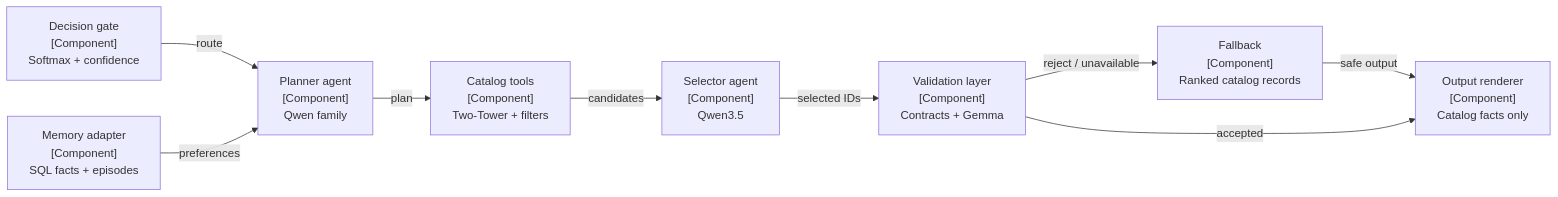
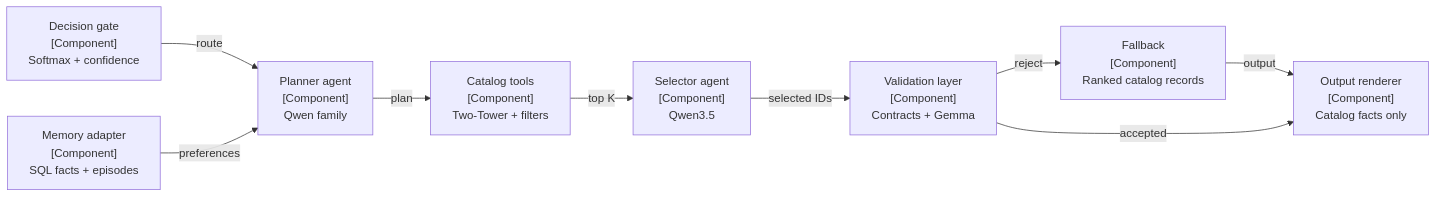
One commit to Novice2311/movielens-25m-agent-recsys changed the diagram in docs/architecture/04-components.mmd. Above: the diagram before and after it, drawn with Mermaid. The commit also changed 20 other files, not shown here.

```diff
--- a/docs/architecture/04-components.mmd
+++ b/docs/architecture/04-components.mmd
@@ -1,17 +1,17 @@
 flowchart LR
   gate["Decision gate<br/>[Component]<br/>Softmax + confidence"]
   planner["Planner agent<br/>[Component]<br/>Qwen family"]
   tools["Catalog tools<br/>[Component]<br/>Two-Tower + filters"]
   select["Selector agent<br/>[Component]<br/>Qwen3.5"]
   memory["Memory adapter<br/>[Component]<br/>SQL facts + episodes"]
   finish["Output renderer<br/>[Component]<br/>Catalog facts only"]
   fallback["Fallback<br/>[Component]<br/>Ranked catalog records"]
   verify["Validation layer<br/>[Component]<br/>Contracts + Gemma"]
   gate -->|"route"| planner
   planner -->|"plan"| tools
-  tools -->|"candidates"| select
+  tools -->|"top K"| select
   select -->|"selected IDs"| verify
-  verify -->|"reject / unavailable"| fallback
-  fallback -->|"safe output"| finish
+  verify -->|"reject"| fallback
+  fallback -->|"output"| finish
   verify -->|"accepted"| finish
   memory -->|"preferences"| planner
```
